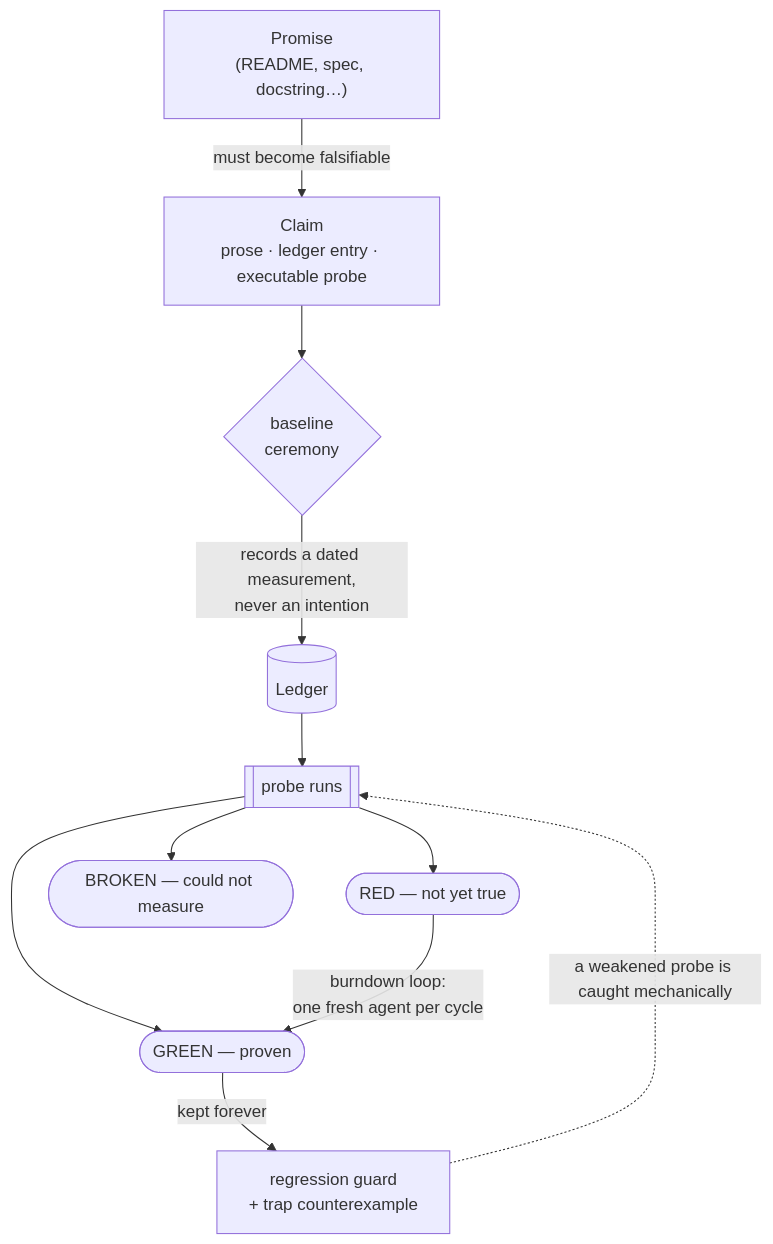
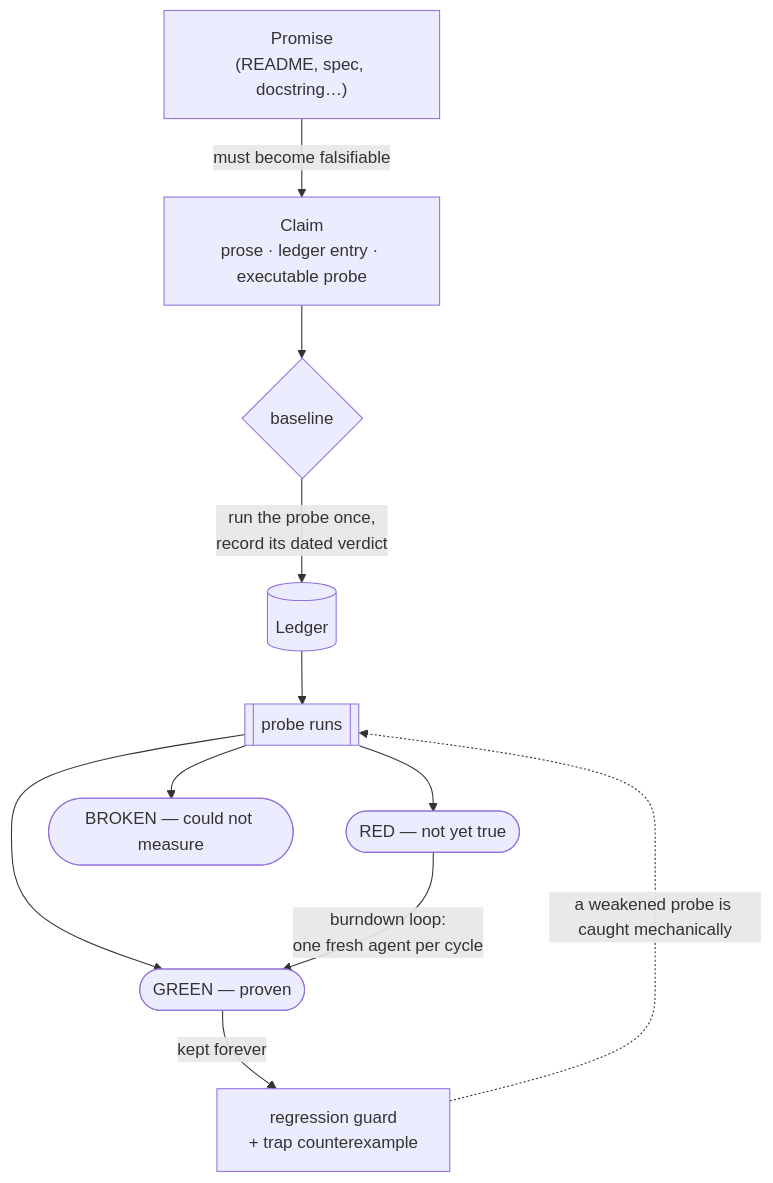
One commit to bordumb/recurve changed the first of 3 diagrams in docs/about.md. Above: the diagram before and after it, drawn with Mermaid. The commit also changed other lines of this file, not shown here.

First line of the commit message:
docs(about): de-vague 'baseline', reword prose under each diagram to explain the terms

````diff
--- a/docs/about.md
+++ b/docs/about.md
@@ -15,13 +15,13 @@
 ```mermaid
 flowchart TD
     P["Promise<br/>(README, spec, docstring…)"] -->|"must become falsifiable"| C["Claim<br/>prose · ledger entry · executable probe"]
-    C --> BASE{"baseline<br/>ceremony"}
-    BASE -->|"records a dated measurement,<br/>never an intention"| LED[("Ledger")]
+    C --> BASE{"baseline"}
+    BASE -->|"run the probe once,<br/>record its dated verdict"| LED[("Ledger")]
     LED --> PR[["probe runs"]]
     PR --> GREEN(["GREEN — proven"])
     PR --> RED(["RED — not yet true"])
     PR --> BROKEN(["BROKEN — could not measure"])
     RED -->|"burndown loop:<br/>one fresh agent per cycle"| GREEN
     GREEN -->|"kept forever"| GUARD["regression guard<br/>+ trap counterexample"]
     GUARD -.->|"a weakened probe is caught mechanically"| PR
 ```
````
